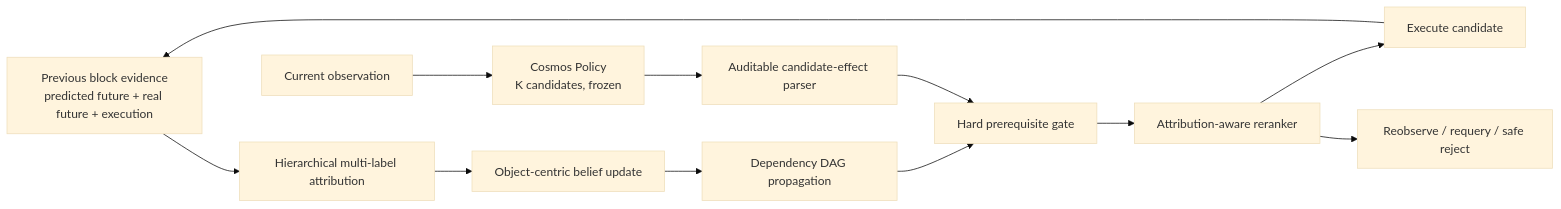
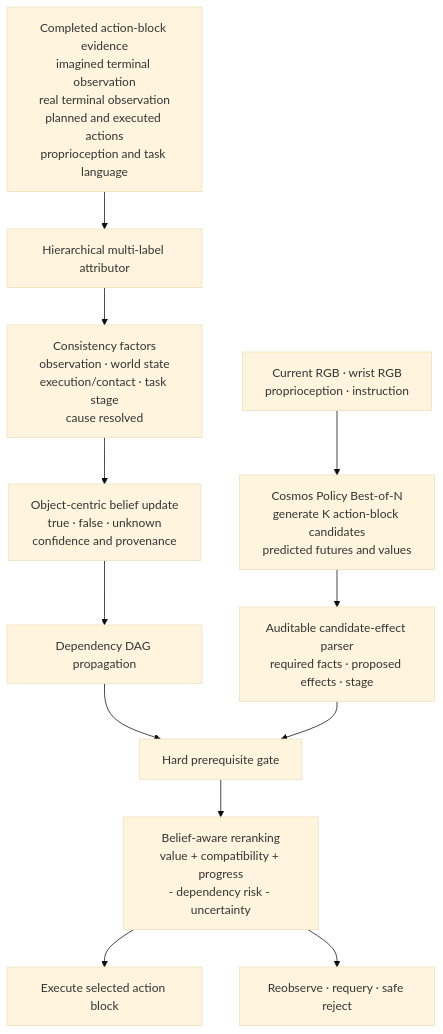
One commit to scy040320/wam_project changed the diagram in README.md. Above: the diagram before and after it, drawn with Mermaid (base theme). The commit also changed other lines of this file, not shown here.

Commit message:
Rewrite README for current candidate-reranking project

````diff
--- a/README.md
+++ b/README.md
@@ -9,14 +11,18 @@
 ```mermaid
-flowchart LR
-    E[Previous block evidence<br/>predicted future + real future + execution] --> A[Hierarchical multi-label attribution]
-    A --> B[Object-centric belief update]
-    B --> G[Dependency DAG propagation]
-    O[Current observation] --> C[Cosmos Policy<br/>K candidates, frozen]
-    C --> P[Auditable candidate-effect parser]
-    G --> H[Hard prerequisite gate]
-    P --> H
-    H --> R[Attribution-aware reranker]
-    R --> X[Execute candidate]
-    R --> F[Reobserve / requery / safe reject]
-    X --> E
+flowchart TD
+    I[Completed action-block evidence<br/>imagined terminal observation<br/>real terminal observation<br/>planned and executed actions<br/>proprioception and task language]
+    I --> A[Hierarchical multi-label attributor]
+    A --> F[Consistency factors<br/>observation · world state<br/>execution/contact · task stage<br/>cause resolved]
+    F --> B[Object-centric belief update<br/>true · false · unknown<br/>confidence and provenance]
+    B --> D[Dependency DAG propagation]
+
+    O[Current RGB · wrist RGB<br/>proprioception · instruction]
+    O --> C[Cosmos Policy Best-of-N<br/>generate K action-block candidates<br/>predicted futures and values]
+    C --> E[Auditable candidate-effect parser<br/>required facts · proposed effects · stage]
+
+    D --> G[Hard prerequisite gate]
+    E --> G
+    G --> R[Belief-aware reranking<br/>value + compatibility + progress<br/>- dependency risk - uncertainty]
+    R --> X[Execute selected action block]
+    R --> Q[Reobserve · requery · safe reject]
 ```
````
